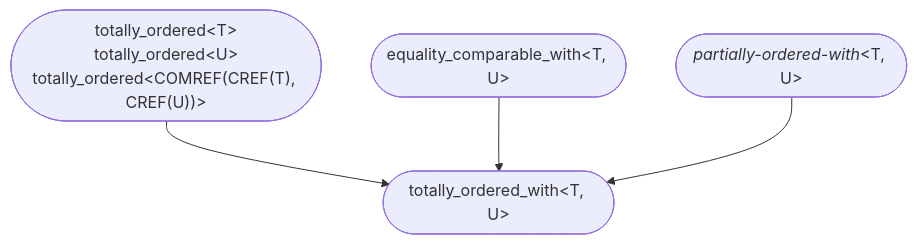
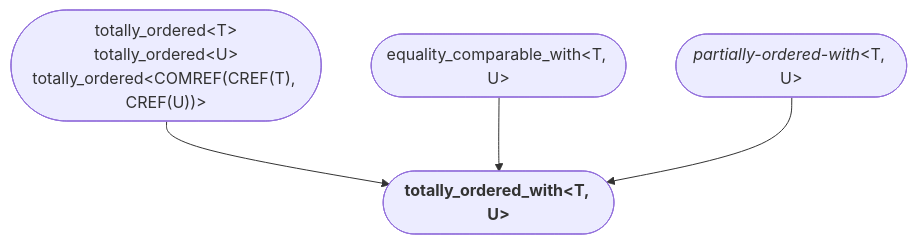
One commit to yohhoy/cpp-concepts changed diagram 17 of 18 in README.md. Above: the diagram before and after it, drawn with Mermaid. The commit also changed other lines of this file, not shown here.

````diff
--- a/README.md
+++ b/README.md
@@ -183,7 +183,7 @@
 ```mermaid
 graph TD
     %% std::totally_ordered_with<T, U>
-    totally_ordered(["totally_ordered&lt;T&gt;<br>totally_ordered&lt;U&gt;<br>totally_ordered&lt;COMREF(CREF(T), CREF(U))&gt;"]) --> totally_ordered_with(["totally_ordered_with&lt;T, U&gt;"]);
+    totally_ordered(["totally_ordered&lt;T&gt;<br>totally_ordered&lt;U&gt;<br>totally_ordered&lt;COMREF(CREF(T), CREF(U))&gt;"]) --> totally_ordered_with(["<b>totally_ordered_with&lt;T, U&gt;</b>"]);
     equality_comparable_with(["equality_comparable_with&lt;T, U&gt;"]) --> totally_ordered_with;
     pow(["<i>partially-ordered-with</i>&lt;T, U&gt;"]) --> totally_ordered_with;
 ```
````
